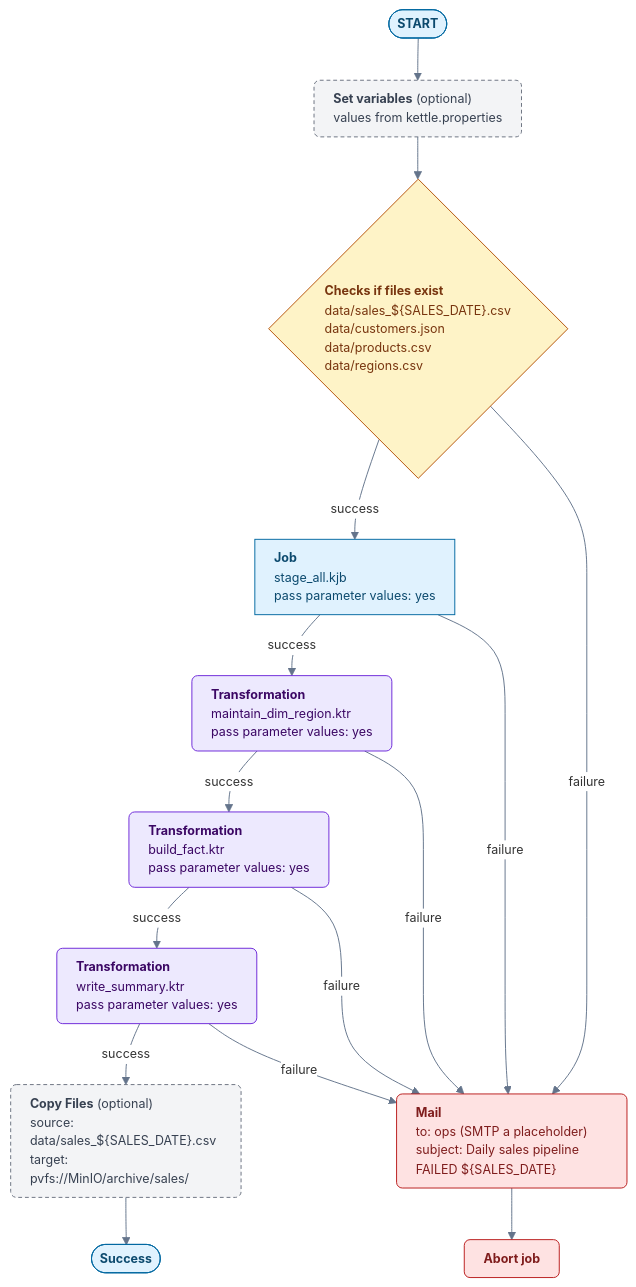
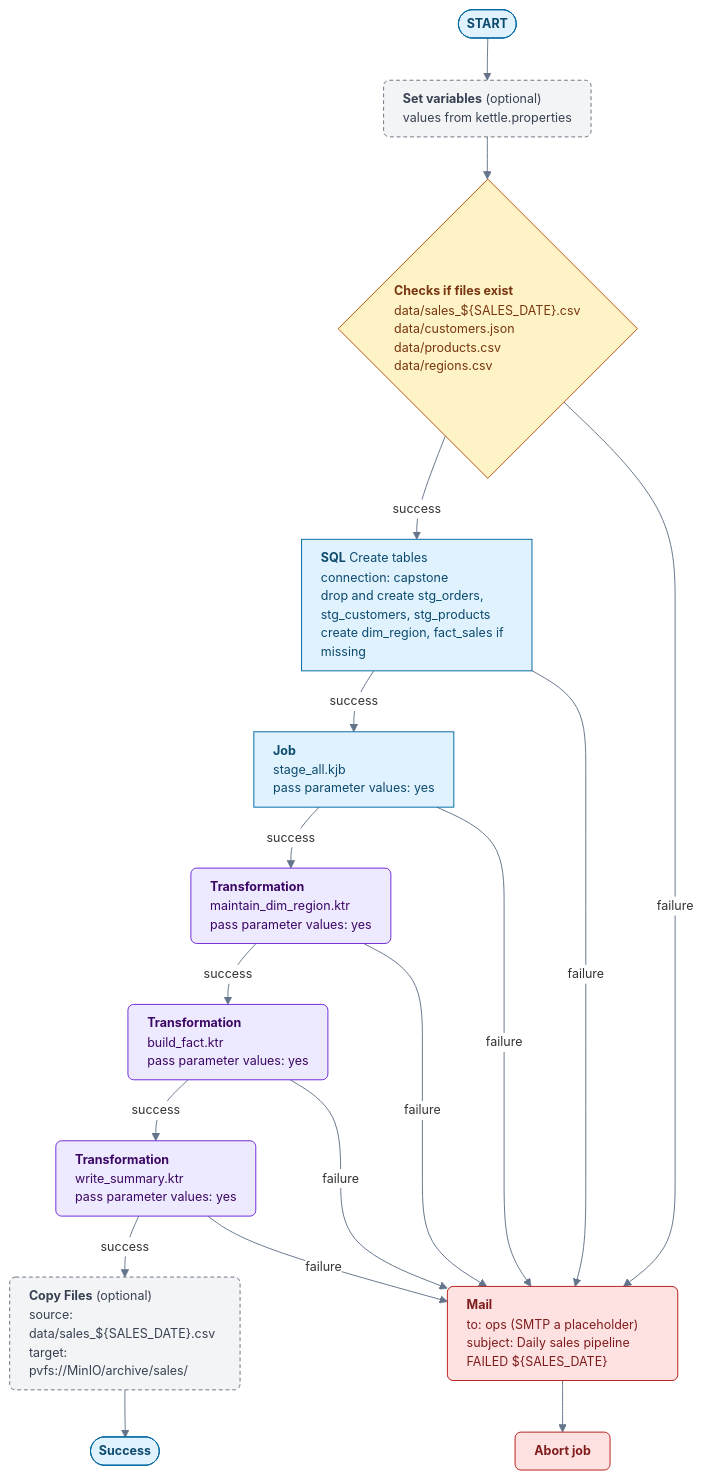
One commit to jporeilly/Pentaho-Courses changed the ninth of 9 diagrams in developer-di-practitioner/37-mod99-daily-sales-pipeline/files/reference/DIAGRAMS.md. Above: the diagram before and after it, drawn with Mermaid. The commit also changed other lines of this file and 15 other files, not shown here.

````diff
--- a/developer-di-practitioner/37-mod99-daily-sales-pipeline/files/reference/DIAGRAMS.md
+++ b/developer-di-practitioner/37-mod99-daily-sales-pipeline/files/reference/DIAGRAMS.md
@@ -250,32 +251,35 @@
 ```mermaid
 %%{init: {"theme":"base","themeVariables":{"fontFamily":"Segoe UI, Helvetica, Arial, sans-serif","fontSize":"13px","lineColor":"#64748b","clusterBkg":"#fafaf9","clusterBorder":"#d6d3d1","edgeLabelBackground":"#ffffff"},"flowchart":{"curve":"basis","nodeSpacing":34,"rankSpacing":44,"padding":10,"htmlLabels":true}}}%%
 flowchart TB
   classDef job fill:#e0f2fe,stroke:#0369a1,color:#0c4a6e,text-align:left
   classDef tr fill:#ede9fe,stroke:#6d28d9,color:#3b0764,text-align:left,rx:6,ry:6
   classDef check fill:#fef3c7,stroke:#b45309,color:#78350f,text-align:left
   classDef fail fill:#fee2e2,stroke:#b91c1c,color:#7f1d1d,text-align:left,rx:6,ry:6
   classDef opt fill:#f3f4f6,stroke:#6b7280,color:#374151,text-align:left,rx:6,ry:6,stroke-dasharray:4 3
   S(["<b>START</b>"]):::job
   V["<b>Set variables</b> (optional)<br/>values from kettle.properties"]:::opt
   F{"<b>Checks if files exist</b><br/>data/sales_${SALES_DATE}.csv<br/>data/customers.json<br/>data/products.csv<br/>data/regions.csv"}:::check
+  DDL["<b>SQL</b> Create tables<br/>connection: capstone<br/>drop and create stg_orders, stg_customers, stg_products<br/>create dim_region, fact_sales if missing"]:::job
   J1["<b>Job</b><br/>stage_all.kjb<br/>pass parameter values: yes"]:::job
   T1["<b>Transformation</b><br/>maintain_dim_region.ktr<br/>pass parameter values: yes"]:::tr
   T2["<b>Transformation</b><br/>build_fact.ktr<br/>pass parameter values: yes"]:::tr
   T3["<b>Transformation</b><br/>write_summary.ktr<br/>pass parameter values: yes"]:::tr
   A["<b>Copy Files</b> (optional)<br/>source: data/sales_${SALES_DATE}.csv<br/>target: pvfs://MinIO/archive/sales/"]:::opt
   OK(["<b>Success</b>"]):::job
   M["<b>Mail</b><br/>to: ops (SMTP a placeholder)<br/>subject: Daily sales pipeline FAILED ${SALES_DATE}"]:::fail
   X["<b>Abort job</b>"]:::fail
   S --> V --> F
-  F -->|success| J1
+  F -->|success| DDL
+  DDL -->|success| J1
   J1 -->|success| T1
   T1 -->|success| T2
   T2 -->|success| T3
   T3 -->|success| A --> OK
   F -->|failure| M
+  DDL -->|failure| M
   J1 -->|failure| M
   T1 -->|failure| M
   T2 -->|failure| M
   T3 -->|failure| M
   M --> X
 ```
````
